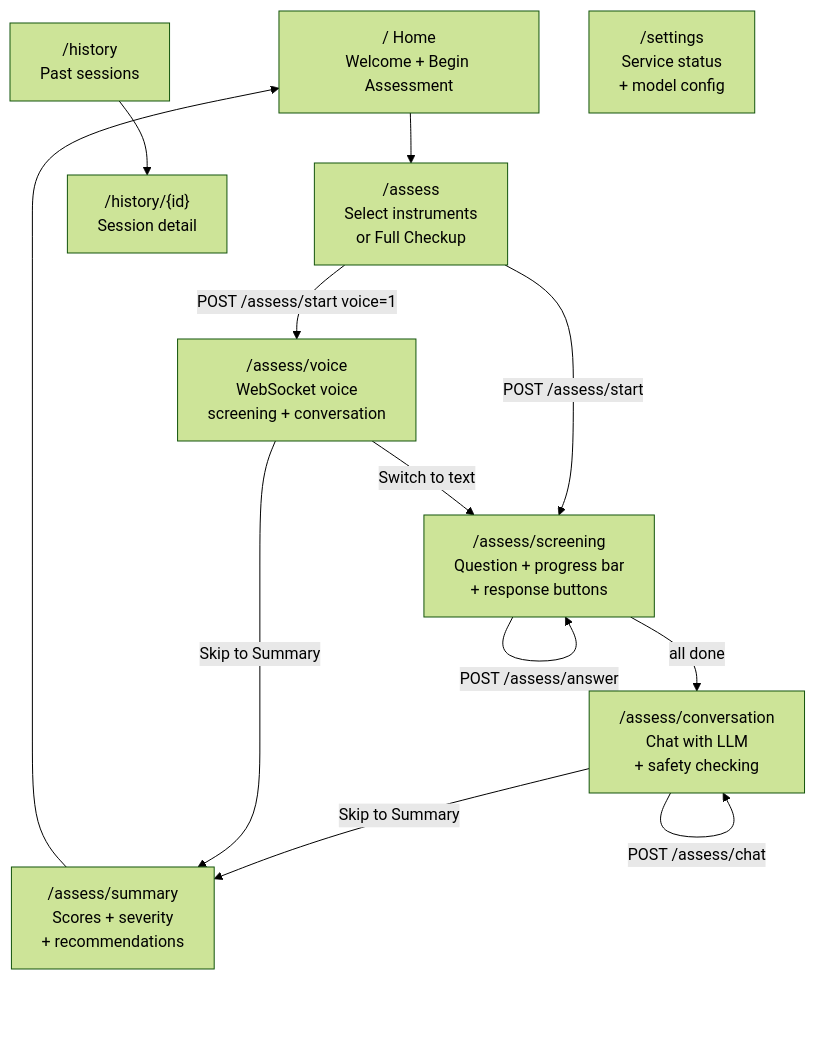
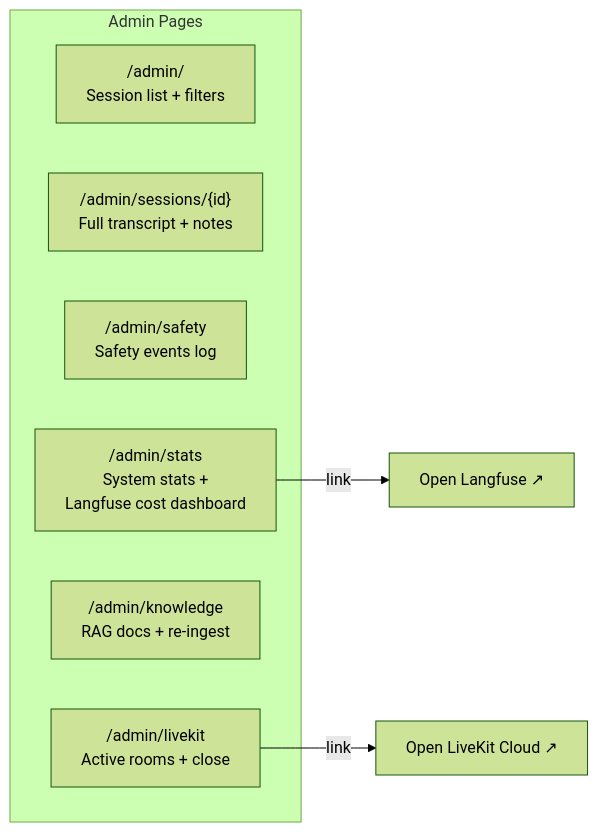
The sixth of 8 diagrams in docs/architecture.md (bodharma/talker), drawn with Mermaid (forest theme) before and after one commit. The commit also changed other lines of this file and 3 other files, not shown here.

First line of the commit message:
docs: rewrite architecture and LiveKit docs for code review

````diff
--- a/docs/architecture.md
+++ b/docs/architecture.md
@@ -550,16 +318,14 @@
 ```mermaid
-flowchart TB
-    HOME["/ Home<br/>Welcome + Begin Assessment"] --> ASSESS["/assess<br/>Select instruments<br/>or Full Checkup"]
-    ASSESS -->|POST /assess/start| SCREEN["/assess/screening<br/>Question + progress bar<br/>+ response buttons"]
-    ASSESS -->|POST /assess/start voice=1| VOICEUI["/assess/voice<br/>WebSocket voice<br/>screening + conversation"]
-    SCREEN -->|POST /assess/answer| SCREEN
-    SCREEN -->|all done| CHAT["/assess/conversation<br/>Chat with LLM<br/>+ safety checking"]
-    CHAT -->|POST /assess/chat| CHAT
-    CHAT -->|Skip to Summary| SUMMARY["/assess/summary<br/>Scores + severity<br/>+ recommendations"]
-    VOICEUI -->|Skip to Summary| SUMMARY
-    VOICEUI -->|Switch to text| SCREEN
-    SUMMARY --> HOME
+graph LR
+    subgraph "Admin Pages"
+        SESSIONS["/admin/<br/>Session list + filters"]
+        DETAIL["/admin/sessions/{id}<br/>Full transcript + notes"]
+        SAFETY["/admin/safety<br/>Safety events log"]
+        STATS["/admin/stats<br/>System stats +<br/>Langfuse cost dashboard"]
+        KNOWLEDGE["/admin/knowledge<br/>RAG docs + re-ingest"]
+        LIVEKIT["/admin/livekit<br/>Active rooms + close"]
+    end
 
-    HIST["/history<br/>Past sessions"] --> DETAIL["/history/{id}<br/>Session detail"]
-    SETTINGS["/settings<br/>Service status<br/>+ model config"]
+    STATS -->|link| LANGFUSE["Open Langfuse ↗"]
+    LIVEKIT -->|link| LKCLOUD["Open LiveKit Cloud ↗"]
 ```
````
